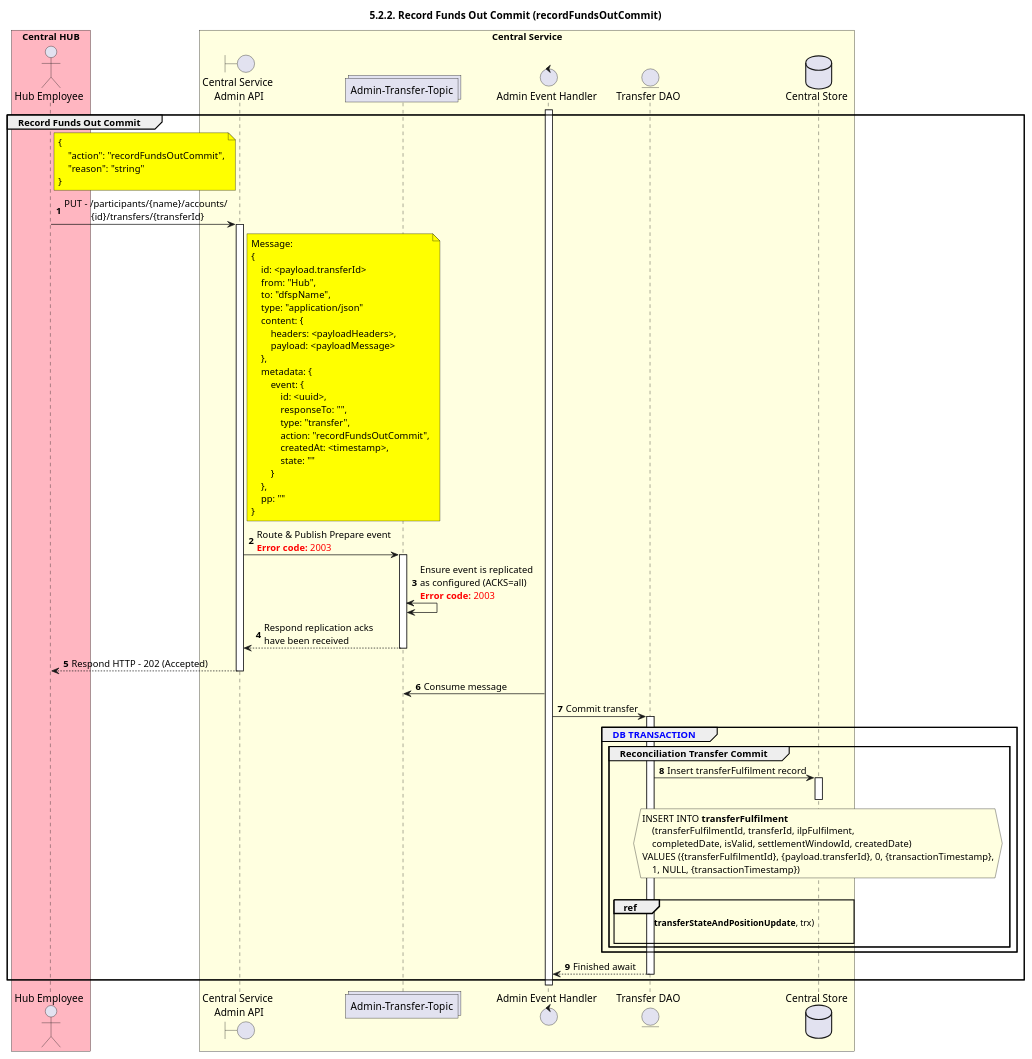
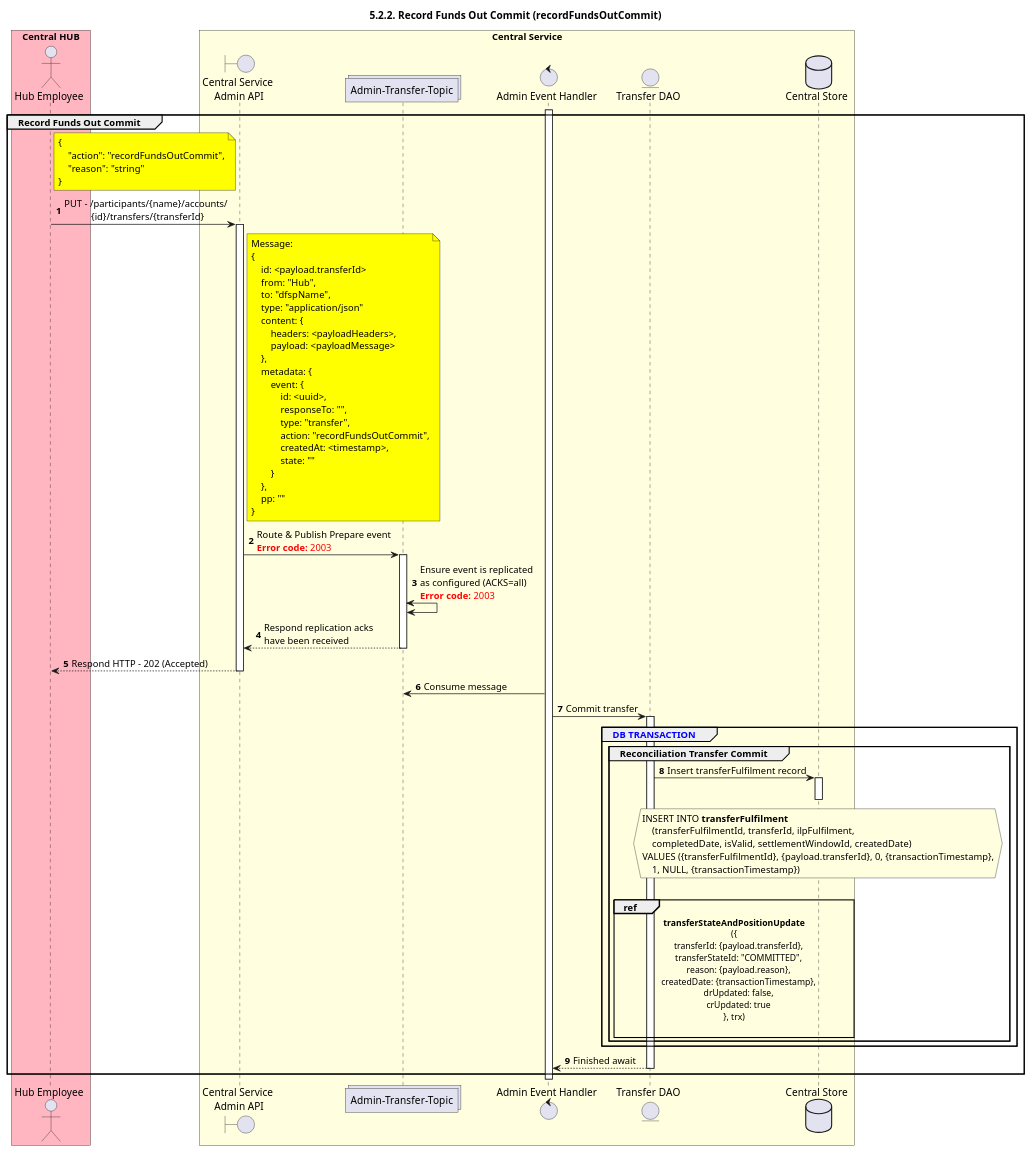
The diagram in mojaloop-technical-overview/central-settlements/funds-in-out/assets/diagrams/sequence/seq-recfunds-5.2.2-out-commit.plantuml (mojaloop/documentation), drawn with PlantUML before and after one commit. The commit also changed 3 other files, not shown here.

```diff
--- a/mojaloop-technical-overview/central-settlements/funds-in-out/assets/diagrams/sequence/seq-recfunds-5.2.2-out-commit.plantuml
+++ b/mojaloop-technical-overview/central-settlements/funds-in-out/assets/diagrams/sequence/seq-recfunds-5.2.2-out-commit.plantuml
@@ -25,101 +25,101 @@
 @startuml
 ' declate title
 title 5.2.2. Record Funds Out Commit (recordFundsOutCommit)
 
 autonumber
 
 ' Actor Keys:
 '   boundary - APIs/Interfaces, etc
 '   collections - Kafka Topics
 '   control - Kafka Consumers
 '   entity - Database Access Objects
 '   database - Database Persistance Store
 
 ' declare actors
 actor "Hub Employee" as OPERATOR
 boundary "Central Service\n Admin API" as CS_ADMIN_API
 collections "Admin-Transfer-Topic" as TOPIC_ADMIN_TRANSFER
 control "Admin Event Handler" as ADMIN_HANDLER
 entity "Transfer DAO" as TRANSFER_DAO
 database "Central Store" as DB
 
 box "Central HUB" #lightpink
     participant OPERATOR
 end box
 
 box "Central Service" #LightYellow
     participant CS_ADMIN_API
 	participant TOPIC_ADMIN_TRANSFER
     participant ADMIN_HANDLER
     participant TRANSFER_DAO
     participant DB
 end box
 
 ' start flow
 activate ADMIN_HANDLER
 group Record Funds Out Commit
     note right of OPERATOR #yellow
         {
             "action": "recordFundsOutCommit",
             "reason": "string"
         }
     end note
     OPERATOR -> CS_ADMIN_API: PUT - /participants/{name}/accounts/\n           {id}/transfers/{transferId}
     activate CS_ADMIN_API
 
     note right of CS_ADMIN_API #yellow
         Message:
         {
             id: <payload.transferId>
             from: "Hub",
             to: "dfspName",
             type: "application/json"
             content: {
                 headers: <payloadHeaders>,
                 payload: <payloadMessage>
             },
             metadata: {
                 event: {
                     id: <uuid>,
                     responseTo: "",
                     type: "transfer",
                     action: "recordFundsOutCommit",
                     createdAt: <timestamp>,
                     state: ""
                 }
             },
             pp: ""
         }
     end note
     CS_ADMIN_API -> TOPIC_ADMIN_TRANSFER: Route & Publish Prepare event\n<color #FF0000><b>Error code:</b> 2003</color>
     activate TOPIC_ADMIN_TRANSFER
     TOPIC_ADMIN_TRANSFER <-> TOPIC_ADMIN_TRANSFER: Ensure event is replicated\nas configured (ACKS=all)\n<color #FF0000><b>Error code:</b> 2003</color>
     TOPIC_ADMIN_TRANSFER --> CS_ADMIN_API: Respond replication acks\nhave been received
     deactivate TOPIC_ADMIN_TRANSFER
     CS_ADMIN_API ---> OPERATOR: Respond HTTP - 202 (Accepted)
     deactivate CS_ADMIN_API
 
     TOPIC_ADMIN_TRANSFER <- ADMIN_HANDLER: Consume message
     ADMIN_HANDLER -> TRANSFER_DAO: Commit transfer
     activate TRANSFER_DAO
     group <color #blue>DB TRANSACTION</color>
         group Reconciliation Transfer Commit
             TRANSFER_DAO -> DB: Insert transferFulfilment record
             activate DB
             deactivate DB
             hnote over DB #lightyellow
                 INSERT INTO **transferFulfilment**
                     (transferFulfilmentId, transferId, ilpFulfilment,
                     completedDate, isValid, settlementWindowId, createdDate)
                 VALUES ({transferFulfilmentId}, {payload.transferId}, 0, {transactionTimestamp},
                     1, NULL, {transactionTimestamp})
             end hnote
             |||
-            ref over TRANSFER_DAO, DB:**transferStateAndPositionUpdate**, trx)\n
+            ref over TRANSFER_DAO, DB: **transferStateAndPositionUpdate**\n({\n    transferId: {payload.transferId},\n    transferStateId: "COMMITTED",\n    reason: {payload.reason},\n    createdDate: {transactionTimestamp},\n    drUpdated: false,\n    crUpdated: true\n}, trx)\n
         end
     end
     ADMIN_HANDLER <-- TRANSFER_DAO: Finished await
     deactivate TRANSFER_DAO
 end
 deactivate ADMIN_HANDLER
 @enduml
```
